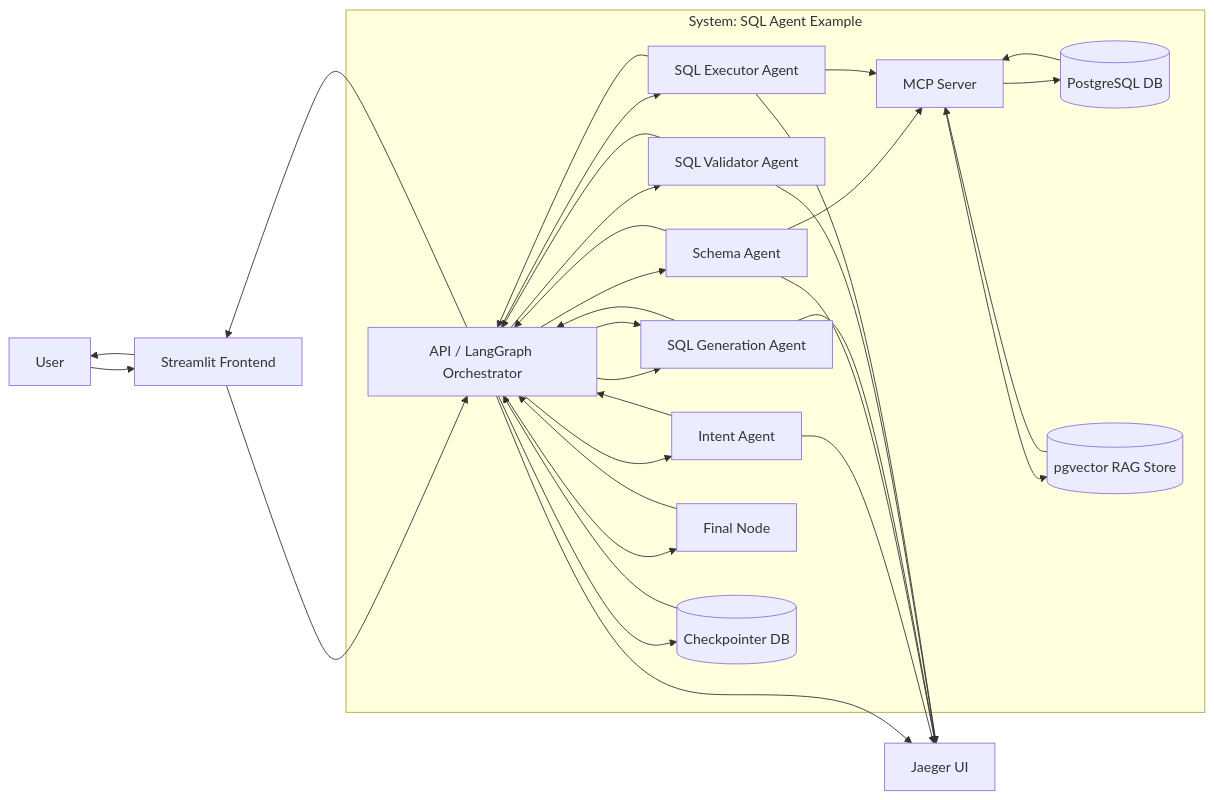
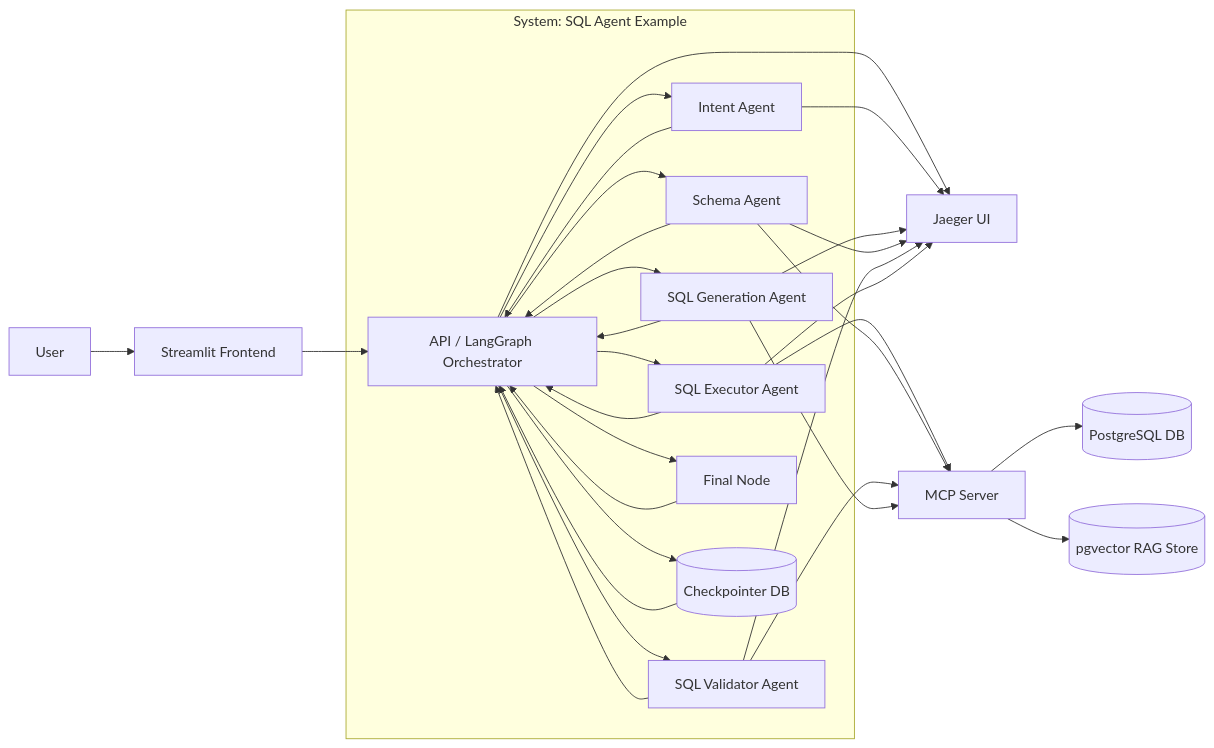
One commit to attractor-set/sql_agent_example changed the second of 2 diagrams in README.md. Above: the diagram before and after it, drawn with Mermaid.

Commit message:
[DFD] update

````diff
--- a/README.md
+++ b/README.md
@@ -100,67 +100,71 @@
 ```mermaid
 flowchart LR
 
-U[User]
+%% External entities
+User[User]
 UI[Streamlit Frontend]
-J[Jaeger UI]
+Jaeger[Jaeger UI]
 
-subgraph S[System: SQL Agent Example]
+%% System boundary
+subgraph SYS[System: SQL Agent Example]
   API[API / LangGraph Orchestrator]
 
-  P1[Intent Agent]
-  P2[Schema Agent]
-  P3[SQL Generation Agent]
-  P4[SQL Validator Agent]
-  P5[SQL Executor Agent]
-  P6[Final Node]
+  Intent[Intent Agent]
+  SQLGen[SQL Generation Agent]
+  Schema[Schema Agent]
+  Validator[SQL Validator Agent]
+  Executor[SQL Executor Agent]
+  Final[Final Node]
 
-  D1[(Checkpointer DB)]
-  D2[(PostgreSQL DB)]
-  D3[(pgvector RAG Store)]
-
-  MCP[MCP Server]
+  Checkpoint[(Checkpointer DB)]
 end
 
-U --> UI
+%% Tooling & data stores
+MCP[MCP Server]
+DB[(PostgreSQL DB)]
+RAG[(pgvector RAG Store)]
+
+%% Entry flow
+User --> UI
 UI --> API
 
-API --> P1
-P1 --> API
+%% Orchestration
+API --> Intent
+Intent --> API
 
-API --> P6
-P6 --> API
-API --> UI
-UI --> U
+API --> SQLGen
+SQLGen --> API
 
-API --> P2
-P2 --> API
+API --> Schema
+Schema --> API
 
-API --> P3
-P3 --> API
+API --> Validator
+Validator --> API
 
-API --> P4
-P4 --> API
+API --> Executor
+Executor --> API
 
-API --> P3
+API --> Final
+Final --> API
 
-API --> P5
-P5 --> API
+%% Data persistence
+API --> Checkpoint
+Checkpoint --> API
 
-API --> D1
-D1 --> API
+%% Tool access
+Executor --> MCP
+Schema --> MCP
+Validator --> MCP
+SQLGen --> MCP
 
-P2 --> MCP
-MCP --> D3
-D3 --> MCP
+MCP --> DB
+MCP --> RAG
 
-P5 --> MCP
-MCP --> D2
-D2 --> MCP
-
-API --> J
-P1 --> J
-P2 --> J
-P3 --> J
-P4 --> J
-P5 --> J
+%% Observability
+API --> Jaeger
+Intent --> Jaeger
+SQLGen --> Jaeger
+Schema --> Jaeger
+Validator --> Jaeger
+Executor --> Jaeger
 ```
````
